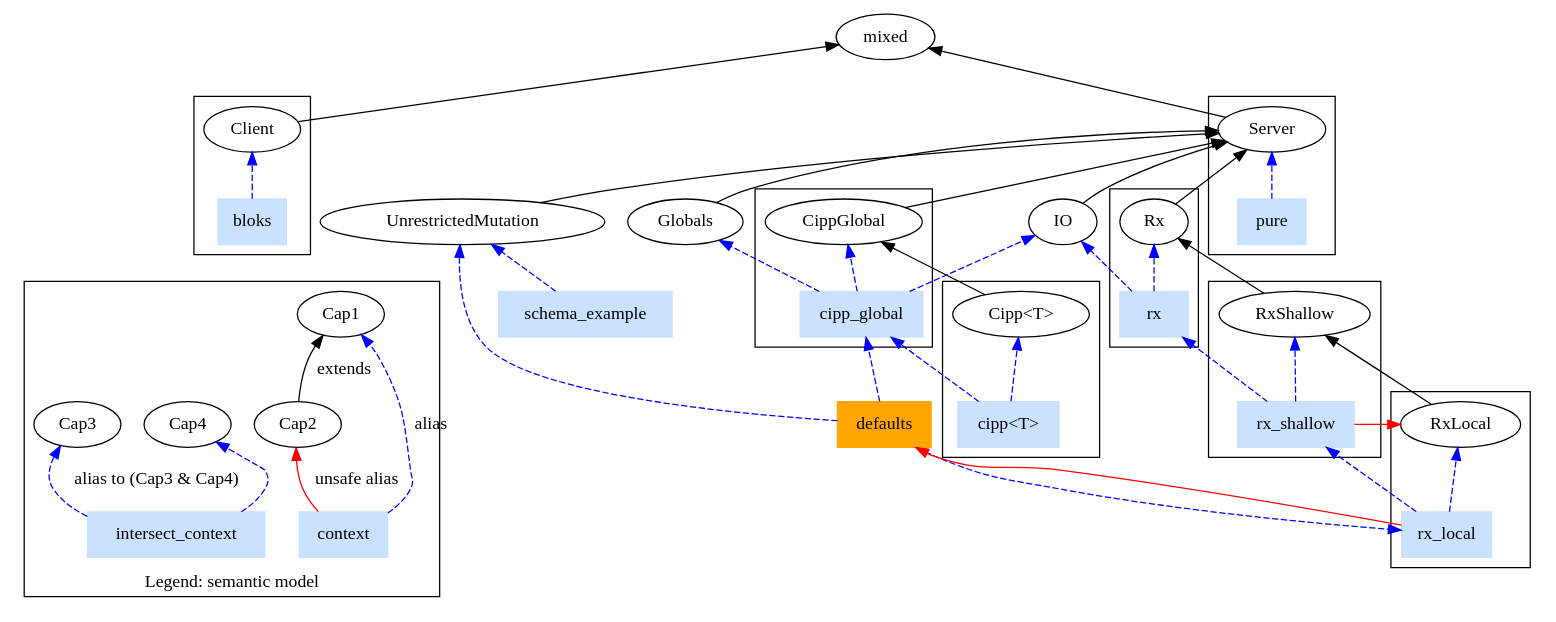
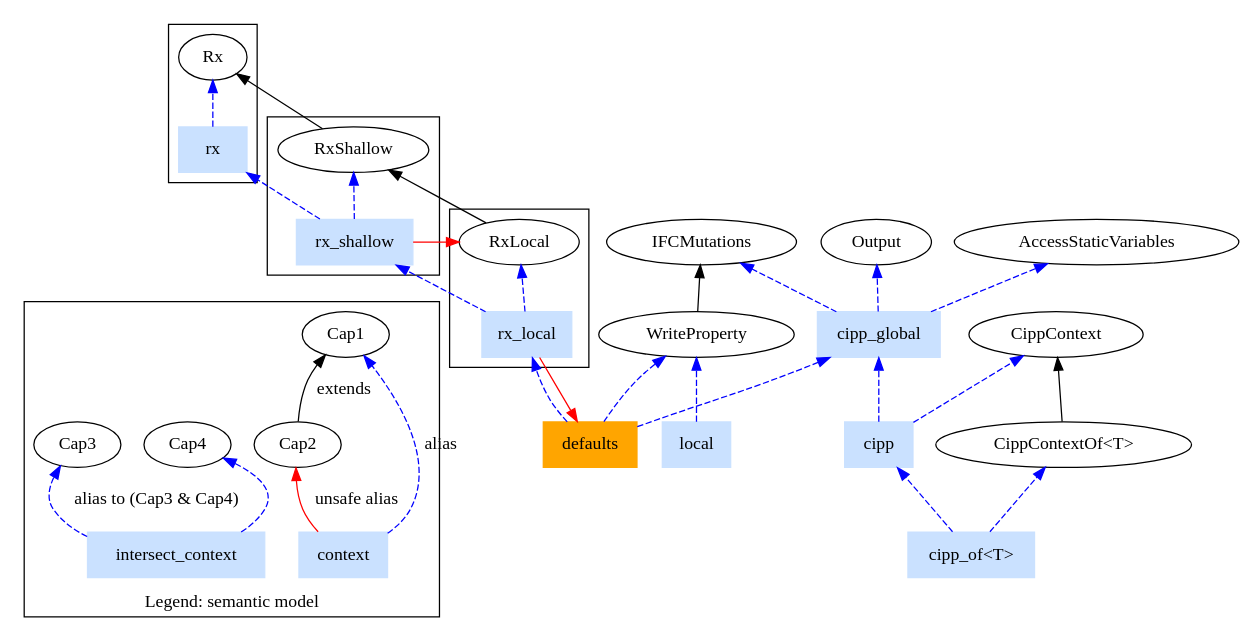
One commit to facebook/hhvm changed the diagram in hphp/hack/doc/coeffects/context_to_capabilities.dot. Above: the diagram before and after it, drawn with Graphviz. The commit also changed 110 other files, not shown here.

```diff
--- a/hphp/hack/doc/coeffects/context_to_capabilities.dot
+++ b/hphp/hack/doc/coeffects/context_to_capabilities.dot
@@ -1,93 +1,73 @@
 digraph G {
   subgraph cluster_legend {
     label="Legend: semantic model"
 
     Cap2 -> Cap1 [label="extends"];
-    
+
     context [shape="rect", color=lightsteelblue1, style=filled];
     context -> Cap1 [label="alias", style=dashed, color=blue];
     context -> Cap2 [label="unsafe alias", color=red];
-    
+
     intersect_context [shape="rect", color=lightsteelblue1, style=filled];
     intersect_context -> Cap3 [label="alias to (Cap3 & Cap4)", style=dashed, color=blue];
     intersect_context -> Cap4 [style=dashed, color=blue];
   };
 
+  // contexts
   "defaults"        [shape="rect", color=orange, style=filled];
-  "pure"            [shape="rect", color=lightsteelblue1, style=filled];
   "rx"              [shape="rect", color=lightsteelblue1, style=filled];
   "rx_shallow"      [shape="rect", color=lightsteelblue1, style=filled];
   "rx_local"        [shape="rect", color=lightsteelblue1, style=filled];
   "cipp_global"     [shape="rect", color=lightsteelblue1, style=filled];
-  "cipp<T>"         [shape="rect", color=lightsteelblue1, style=filled];
-  "bloks"           [shape="rect", color=lightsteelblue1, style=filled];
-  "schema_example"  [shape="rect", color=lightsteelblue1, style=filled];
-  
-  "Client" -> "mixed"
-  "Server" -> "mixed"
-  
-  "IO" -> "Server"
-  "Globals" -> "Server"
-  "UnrestrictedMutation" -> "Server"
+  "cipp"            [shape="rect", color=lightsteelblue1, style=filled];
+  "cipp_of<T>"      [shape="rect", color=lightsteelblue1, style=filled];
+  "local"           [shape="rect", color=lightsteelblue1, style=filled];
+
+  "local" -> WriteProperty [color="blue", style="dashed"];
+  "WriteProperty" -> "IFCMutations"
+
   // cipp domain
-  "CippGlobal" -> "Server"
-  "Cipp<T>" -> "CippGlobal"
-  
+  "CippContextOf<T>" -> "CippContext"
+
   // reactive domain
-  "Rx" -> "Server"
   "RxShallow" -> "Rx"
   "RxLocal" -> "RxShallow"
-
-  // examples
-  "schema_example" -> UnrestrictedMutation [color="blue", style="dashed"];
 
   // unsafe relations
   "rx_local" -> "defaults"   [color="red"];
   "rx_shallow" -> "RxLocal"  [color="red"];
+
+  // safe relations
+  "cipp_global" -> "AccessStaticVariables" [color="blue", style="dashed"];
+  "cipp_global" -> "Output" [color="blue", style="dashed"];
+  "cipp_global" -> "IFCMutations" [color="blue", style="dashed"];
+  "cipp" -> "CippContext" [color="blue", style="dashed"];
+  "cipp_of<T>" -> "CippContextOf<T>" [color="blue", style="dashed"];
 
   "rx_shallow" -> "rx"        [color="blue", style="dashed"];
   "rx_local" -> "rx_shallow"  [color="blue", style="dashed"];
 
   // defaults intersection
   "defaults" -> "rx_local"    [color="blue", style="dashed"];
   "defaults" -> "cipp_global" [color="blue", style="dashed"];
-
-  "defaults" -> "UnrestrictedMutation" [color="blue", style="dashed"];
+  "defaults" -> "WriteProperty" [color="blue", style="dashed"];
 
   // we could expand the type aliases, but the graph gets messier
-  "cipp<T>" -> "cipp_global"[color="blue", style="dashed"];
-  "cipp_global" -> "Globals"[color="blue", style="dashed"];
-  "cipp_global" -> "IO"[color="blue", style="dashed"];
-  "rx" -> "IO"[color="blue", style="dashed"];
+  "cipp" -> "cipp_global" [color="blue", style="dashed"];
+  "cipp_of<T>" -> "cipp" [color="blue", style="dashed"];
 
-  // The following clusters pair up type aliases with individual interfaces
-  subgraph cluster_pure {
-    "pure" -> "Server" [color="blue", style="dashed"];
-  };
-  
   // reactive domain
   subgraph cluster_rx {
     "rx" -> "Rx" [color="blue", style="dashed"];
-  };   
+  };
+
   subgraph cluster_rxl {
     "rx_local" -> "RxLocal" [color="blue", style="dashed"];
   };
   subgraph cluster_rxs {
     "rx_shallow" -> "RxShallow" [color="blue", style="dashed"];
   };
 
-  // cipp domain
-  subgraph cluster_cippt {
-    "cipp<T>" -> "Cipp<T>" [color="blue", style="dashed"];
-  };
-  subgraph cluster_cippglob {
-      "cipp_global" -> "CippGlobal" [color="blue", style="dashed"];
-  };
-
-  subgraph cluster_bloks {
-    "bloks" -> "Client" [color="blue", style="dashed"];
-  };
-
   // makes arrows point bottom to top
-  rankdir = "BT" 
+  rankdir = "BT"
 }
```
